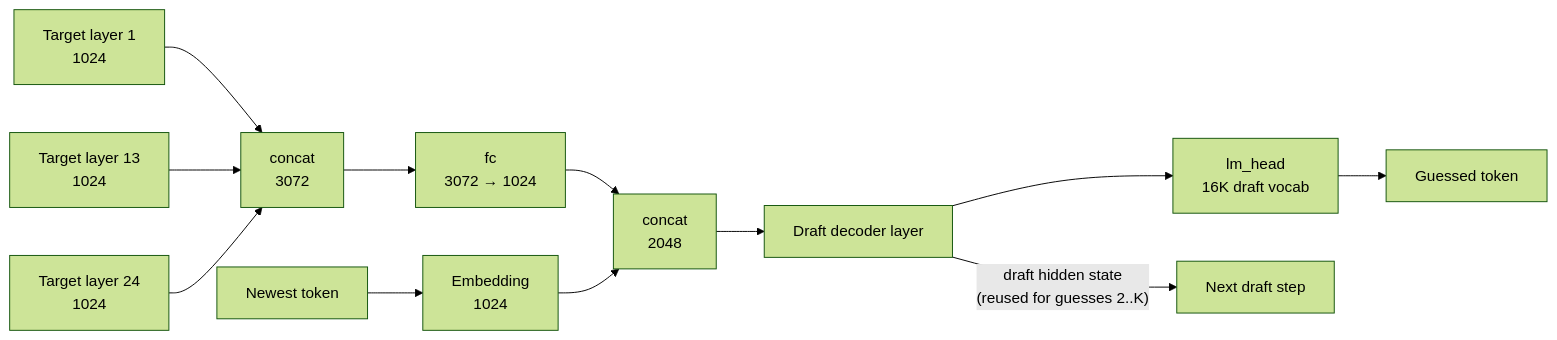
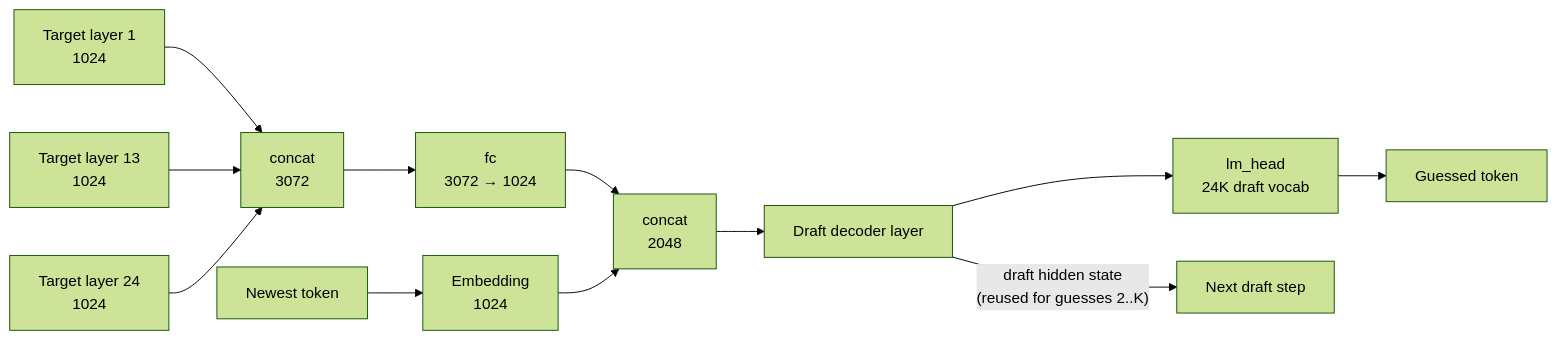
One commit to Gauravp2104/rl-spec-decoding changed the third of 6 diagrams in docs/concepts/draft_target_interaction.md. Above: the diagram before and after it, drawn with Mermaid (forest theme). The commit also changed other lines of this file and 12 other files, not shown here.

````diff
--- a/docs/concepts/draft_target_interaction.md
+++ b/docs/concepts/draft_target_interaction.md
@@ -67,14 +67,14 @@
 ```mermaid
 flowchart LR
     H1["Target layer 1<br/>1024"] --> C["concat<br/>3072"]
     H13["Target layer 13<br/>1024"] --> C
     H24["Target layer 24<br/>1024"] --> C
     C --> FC["fc<br/>3072 → 1024"]
     TOK["Newest token"] --> EMB["Embedding<br/>1024"]
     FC --> J["concat<br/>2048"]
     EMB --> J
     J --> DL["Draft decoder layer"]
-    DL --> HEAD["lm_head<br/>16K draft vocab"]
+    DL --> HEAD["lm_head<br/>24K draft vocab"]
     HEAD --> G["Guessed token"]
     DL -- "draft hidden state<br/>(reused for guesses 2..K)" --> NEXT["Next draft step"]
 ```
````
